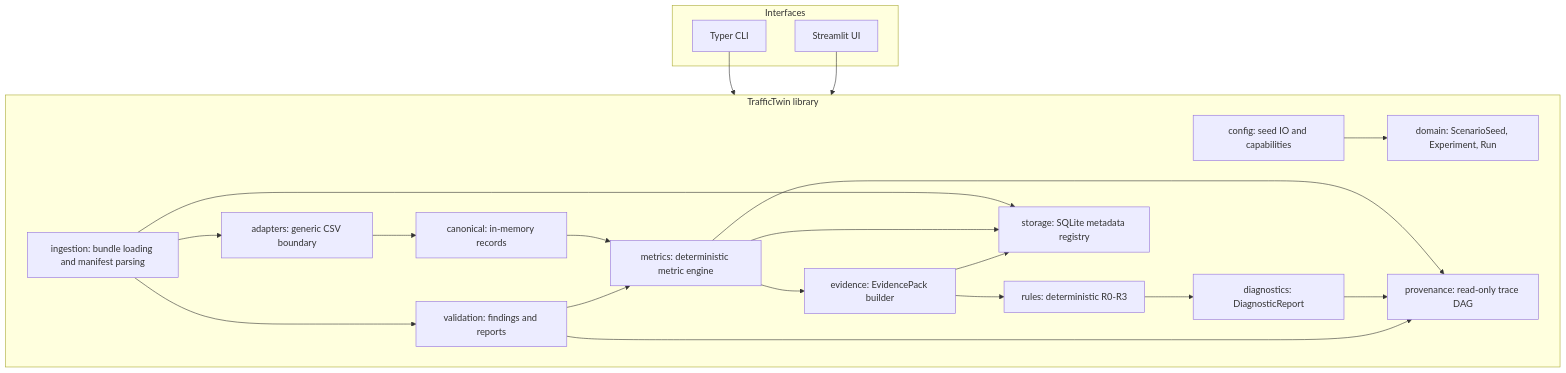
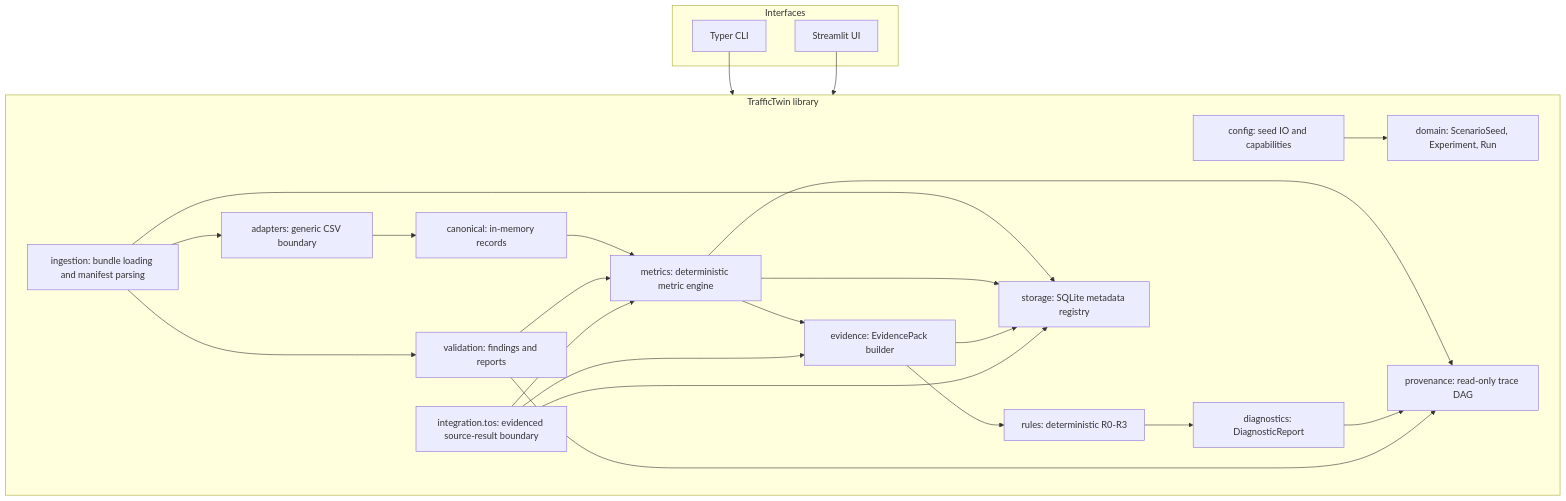
One commit to Abdulla4akash/traffictwin changed the first of 9 diagrams in docs/architecture.md. Above: the diagram before and after it, drawn with Mermaid. The commit also changed other lines of this file and 55 other files, not shown here.

Commit message:
feat(integration): add read-only TOS data workflow

````diff
--- a/docs/architecture.md
+++ b/docs/architecture.md
@@ -17,40 +21,44 @@
 ```mermaid
 flowchart TD
     subgraph Interfaces
         CLI[Typer CLI]
         UI[Streamlit UI]
     end
 
     subgraph CoreLibrary[TrafficTwin library]
         Config[config: seed IO and capabilities]
         Domain[domain: ScenarioSeed, Experiment, Run]
         Ingestion[ingestion: bundle loading and manifest parsing]
         Adapters[adapters: generic CSV boundary]
         Canonical[canonical: in-memory records]
         Validation[validation: findings and reports]
         Metrics[metrics: deterministic metric engine]
         Evidence[evidence: EvidencePack builder]
         Rules[rules: deterministic R0-R3]
         Diagnostics[diagnostics: DiagnosticReport]
         Provenance[provenance: read-only trace DAG]
         Storage[storage: SQLite metadata registry]
+        TosIntegration[integration.tos: evidenced source-result boundary]
     end
 
     CLI --> CoreLibrary
     UI --> CoreLibrary
     Config --> Domain
     Ingestion --> Adapters
     Adapters --> Canonical
     Ingestion --> Validation
     Canonical --> Metrics
     Validation --> Metrics
     Metrics --> Evidence
     Evidence --> Rules
     Rules --> Diagnostics
     Metrics --> Provenance
     Diagnostics --> Provenance
     Validation --> Provenance
     Ingestion --> Storage
     Metrics --> Storage
     Evidence --> Storage
+    TosIntegration --> Metrics
+    TosIntegration --> Evidence
+    TosIntegration --> Storage
 ```
````
